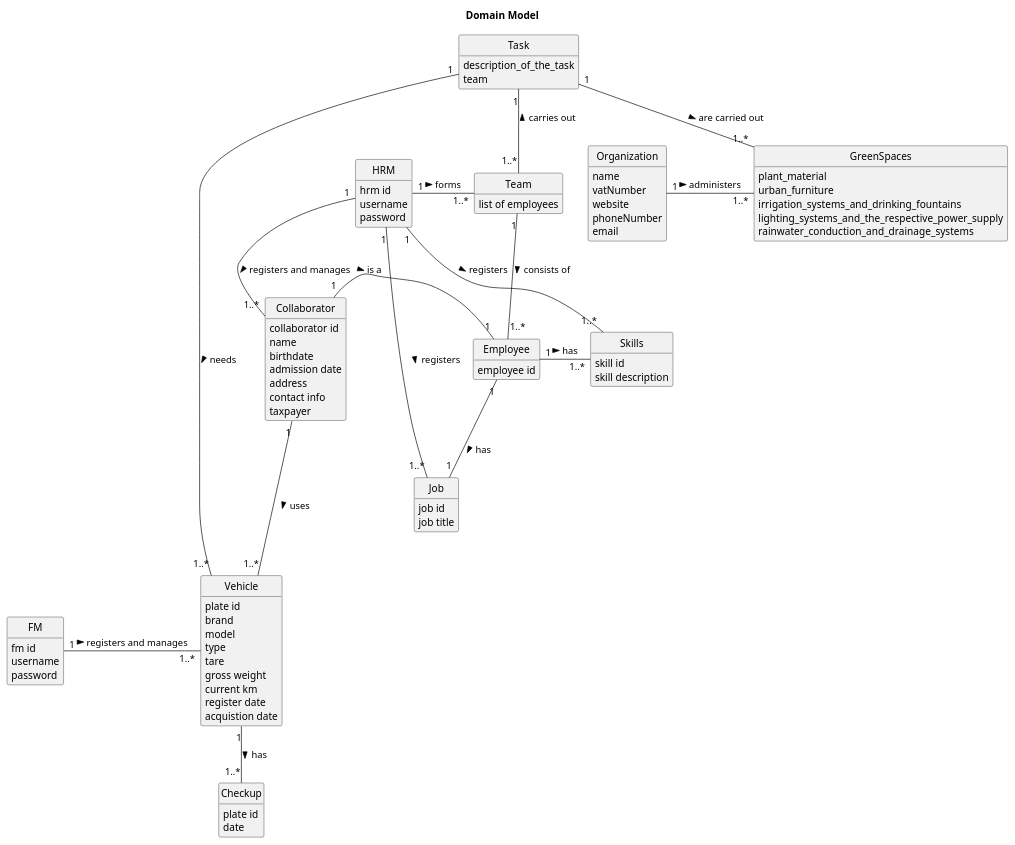
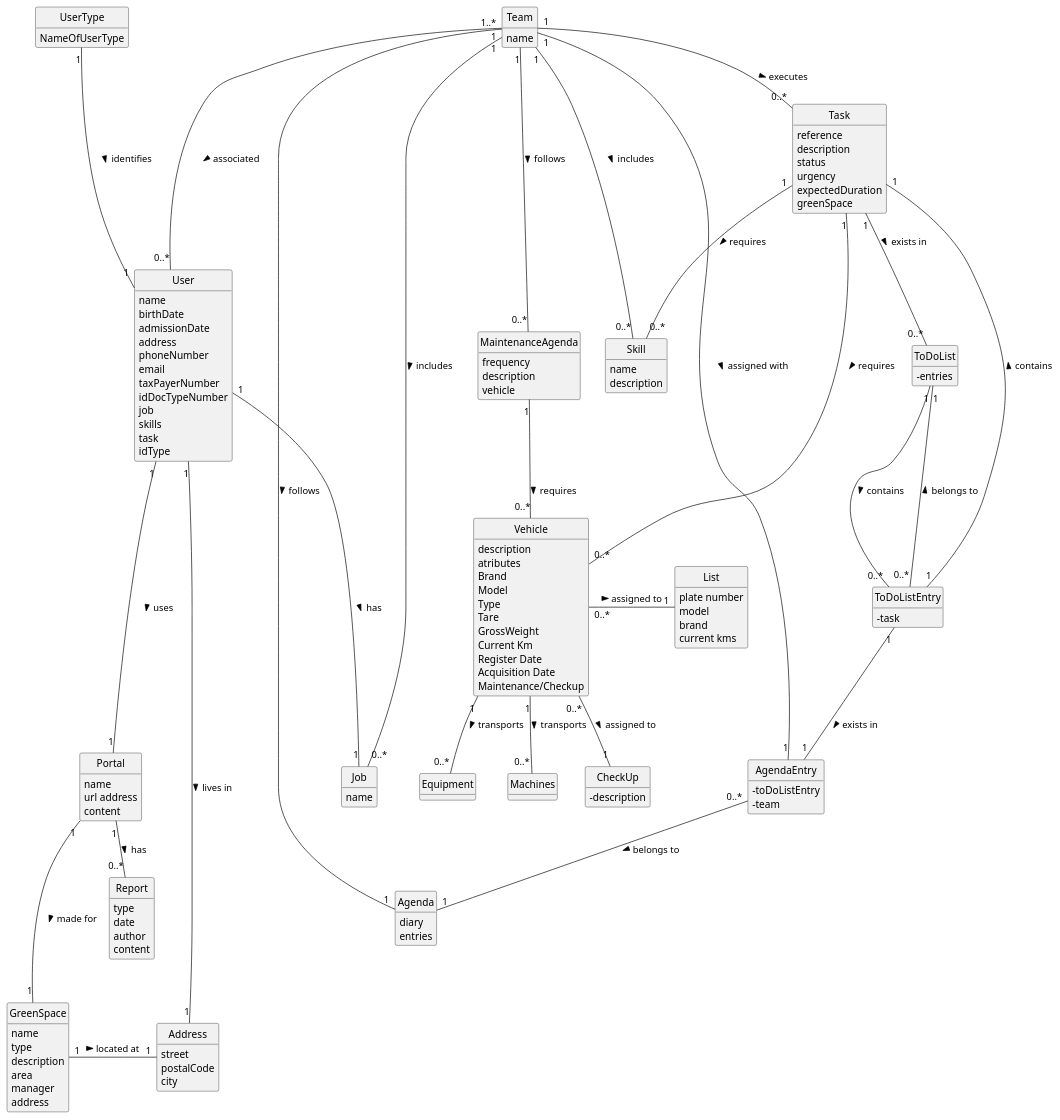
The diagram in docs/sprintC/global-artifacts/02.analysis/puml/project-domain-model.puml (rpedros02/lei-24-s2-1DL-g08), drawn with PlantUML before and after one commit.

Commit message:
domain model

```diff
--- a/docs/sprintC/global-artifacts/02.analysis/puml/project-domain-model.puml
+++ b/docs/sprintC/global-artifacts/02.analysis/puml/project-domain-model.puml
@@ -1,116 +1,158 @@
 @startuml
 skinparam monochrome true
 skinparam packageStyle rectangle
 skinparam shadowing false
+'skinparam linetype ortho
+'left to right direction
 skinparam classAttributeIconSize 0
-
 hide circle
 hide methods
 
-
-title Domain Model
-
-class Employee {
-    employee id
+class Vehicle {
+    description
+    atributes
+    Brand
+    Model
+    Type
+    Tare
+    GrossWeight
+    Current Km
+    Register Date
+    Acquisition Date
+    Maintenance/Checkup
+    Frequency (in Kms)
 }
 
-class Job {
-    job id
-    job title
+class List {
+    plate number
+    model
+    brand
+    current kms
 }
 
-class Skills {
-    skill id
-    skill description
+class MaintenanceAgenda {
+    frequency
+    description
+    vehicle
 }
 
-class HRM {
-    hrm id
-    username
-    password
+class Team {
+    name
+    members (collaborators)
 }
 
-class Collaborator {
-    collaborator id
+class Skill {
     name
-    birthdate
-    admission date
-    address
-    contact info
-    taxpayer
+    description
+    }
+
+class Job {
+    name
 }
 
-class FM {
-    fm id
-    username
-    password
-
+class User {
+   name
+   birthDate
+   admissionDate
+   address
+   phoneNumber
+   email
+   taxPayerNumber
+   idDocTypeNumber
+   job
+   skills
+   task
+   idType
 }
 
-class Vehicle {
-    plate id
-    brand
-    model
-    type
-    tare
-    gross weight
-    current km
-    register date
-    acquistion date
+class UserType {
+    NameOfUserType
 }
 
-class Checkup {
-    plate id
-    date
-
+class GreenSpace{
+    name
+    type
+    description
+    area
+    manager
+    address
 }
 
-class Organization {
+class Portal{
     name
-    vatNumber
-    website
-    phoneNumber
-    email
+    url address
+    content
 }
 
-class GreenSpaces {
-    plant_material
-    urban_furniture
-    irrigation_systems_and_drinking_fountains
-    lighting_systems_and_the_respective_power_supply
-    rainwater_conduction_and_drainage_systems
+class Report{
+    type
+    date
+    author
+    content
 }
 
-class Team{
-    list of employees
-
-
+class Address{
+    street
+    postalCode
+    city
 }
 
 class Task {
-    description_of_the_task
-    team
+    reference
+    description
+    status
+    urgency
+    expectedDuration
+    greenSpace
 }
 
+class CheckUp {
+    -description
+}
 
+class Agenda {
+    diary
+    entries
+}
 
+class ToDoListEntry {
+    -task
+}
 
-FM "1" - "1..*" Vehicle : registers and manages >
-Vehicle "1" -- "1..*" Checkup : has >
+class ToDoList {
+    -entries
+}
 
-Employee "1" -- "1" Job : has >
-Employee "1" - "1..*" Skills : has >
-HRM "1" -- "1..*" Collaborator : registers and manages >
-HRM "1" -- "1..*" Job : registers >
-HRM "1" - "1..*" Skills : registers >
-Team "1" -- "1..*" Employee : consists of >
-Task "1" -- "1..*" Vehicle : needs >
-Task "1" -- "1..*" GreenSpaces : are carried out >
-Task "1" -- "1..*" Team : carries out <
-Collaborator "1" --- "1..*" Vehicle : uses >
-Collaborator "1" - "1" Employee : is a >
-Organization "1" - "1..*" GreenSpaces: administers >
-HRM "1" - "1..*" Team : forms >
+class AgendaEntry {
+    -toDoListEntry
+    -team
+}
 
-
+UserType "1" --- "1" User: identifies >
+User "1" --- "1" Portal: uses >
+User "1" --- "1" Address: lives in >
+User "1" --- "1" Job: has >
+Task "1" -- "0..*" Skill: requires >
+Task "1" -- "0..*" Vehicle : requires >
+GreenSpace "1" - "1" Address: located at >
+Portal "1" --- "1" GreenSpace: made for >
+Portal "1" -- "0..*" Report: has >
+Team "1" -- "0..*" Task : executes >
+Team "1" -- "0..*" Job : includes >
+Team "1" --- "0..*" User: associated >
+Team "1" -- "0..*" Skill : includes >
+Team "1" --- "0..*" MaintenanceAgenda: follows >
+MaintenanceAgenda "1" -- "0..*" Vehicle : requires >
+Vehicle"0..*" -- "1" CheckUp: assigned to >
+Vehicle "0..*" - "1" List: assigned to >
+Vehicle "1" -- "0..*" Equipment : transports >
+Vehicle "1" -- "0..*" Machines : transports >
+Task "1" -- "0..*" ToDoList : exists in >
+ToDoList "1" -- "0..*" ToDoListEntry : contains >
+ToDoListEntry "1" -- "1" Task : contains >
+ToDoListEntry "1" -- "1" AgendaEntry : exists in >
+AgendaEntry "0..*" -- "1" Agenda : belongs to >
+ToDoListEntry "0..*" -- "1" ToDoList : belongs to >
+Team "1..*" - "1" Agenda: follows >
+Team "1" -- "1" AgendaEntry : assigned with >
 @enduml
```
